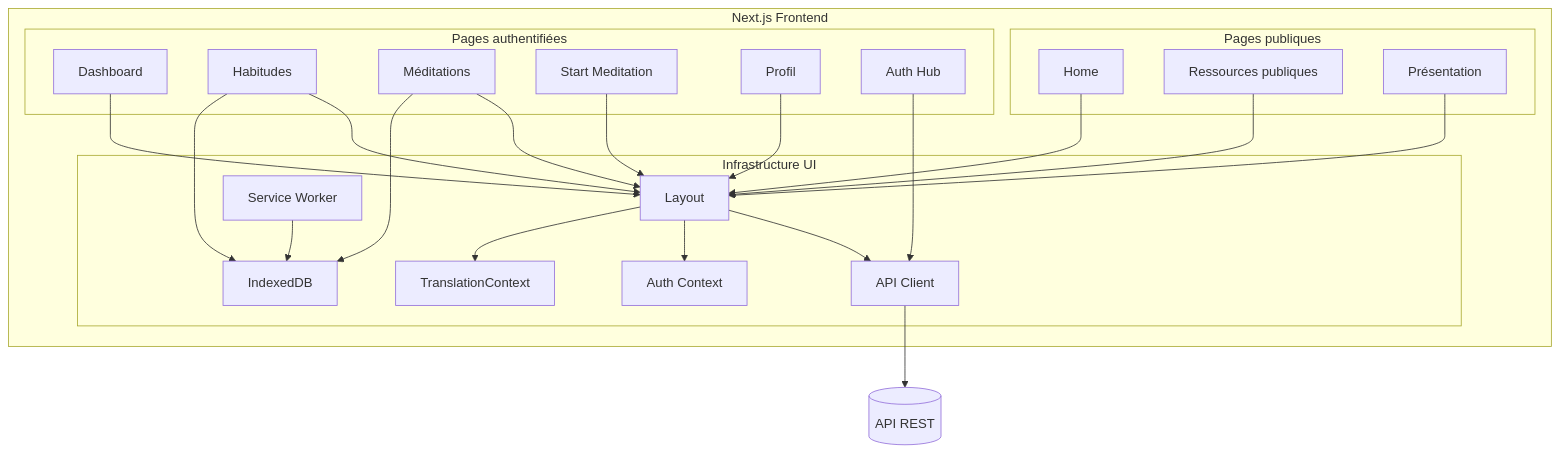
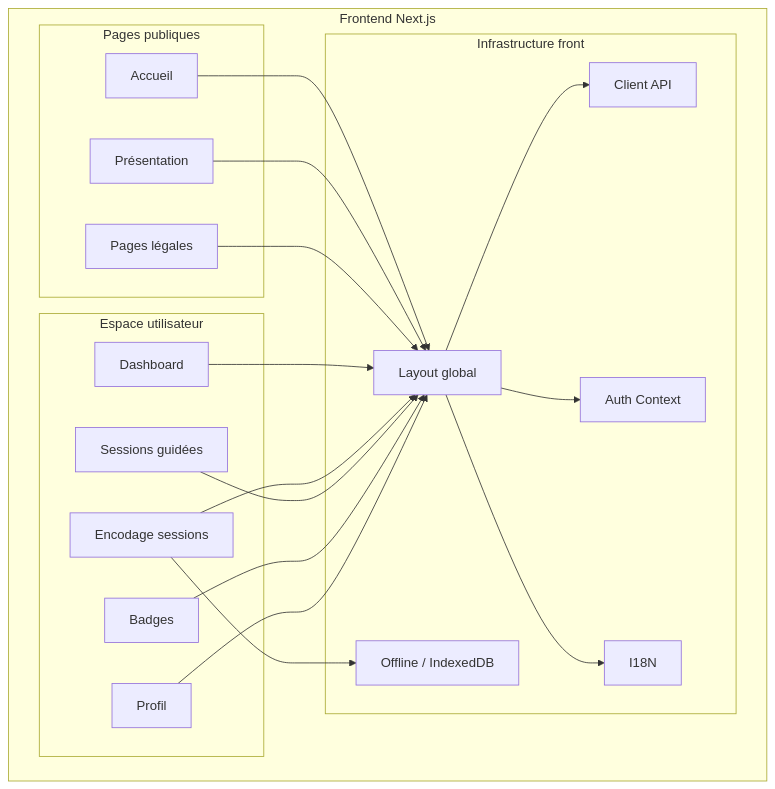
Before and after one commit to Dolphynx/mindfulspace: the diagram in docs/archi/c4/c3-components-frontend.md, drawn with Mermaid. The commit also changed other lines of this file and 44 other files, not shown here.

````diff
--- a/docs/archi/c4/c3-components-frontend.md
+++ b/docs/archi/c4/c3-components-frontend.md
@@ -3,51 +6,43 @@
 ```mermaid
 flowchart TD
 
-subgraph front [Next.js Frontend]
+subgraph Frontend["Frontend Next.js"]
 
-  subgraph pub [Pages publiques]
-    home[Home]
-    resources[Ressources publiques]
+  subgraph Public["Pages publiques"]
+    home[Accueil]
     about[Présentation]
+    legal[Pages légales]
   end
 
-  subgraph auth [Pages authentifiées]
+  subgraph Private["Espace utilisateur"]
     dashboard[Dashboard]
-    habitsUI[Habitudes]
-    meditationsUI[Méditations]
-    sessionWizard[Start Meditation]
+    encode[Encodage sessions]
+    guided[Sessions guidées]
+    badges[Badges]
     profile[Profil]
-    authHub[Auth Hub]
   end
 
-  subgraph infra [Infrastructure UI]
-    layout[Layout]
-    apiClient[API Client]
-    i18n[TranslationContext]
-    sw[Service Worker]
-    idx[IndexedDB]
+  subgraph Infra["Infrastructure front"]
+    layout[Layout global]
+    apiClient[Client API]
     authCtx[Auth Context]
+    i18n[I18N]
+    offline[Offline / IndexedDB]
   end
 end
 
 home --> layout
-resources --> layout
 about --> layout
+legal --> layout
 
 dashboard --> layout
-habitsUI --> layout
-meditationsUI --> layout
-sessionWizard --> layout
+encode --> layout
+guided --> layout
+badges --> layout
 profile --> layout
 
-authHub --> apiClient
 layout --> apiClient
 layout --> authCtx
 layout --> i18n
-
-sw --> idx
-habitsUI --> idx
-meditationsUI --> idx
-
-apiClient --> api[(API REST)]
+encode --> offline
 ```
````
